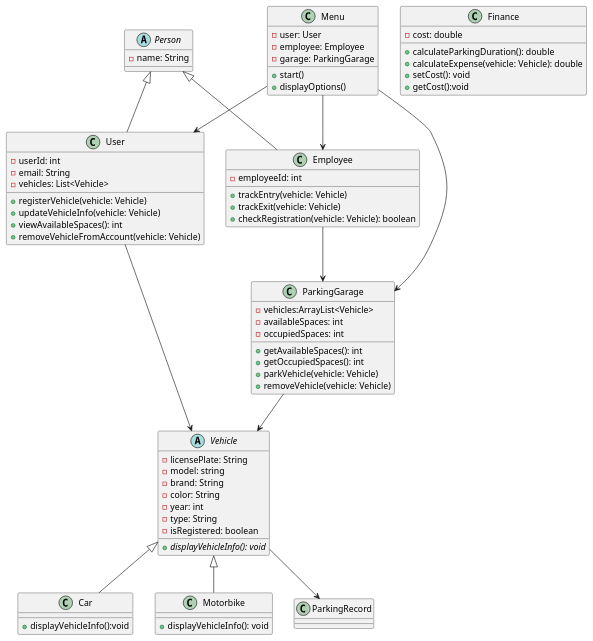
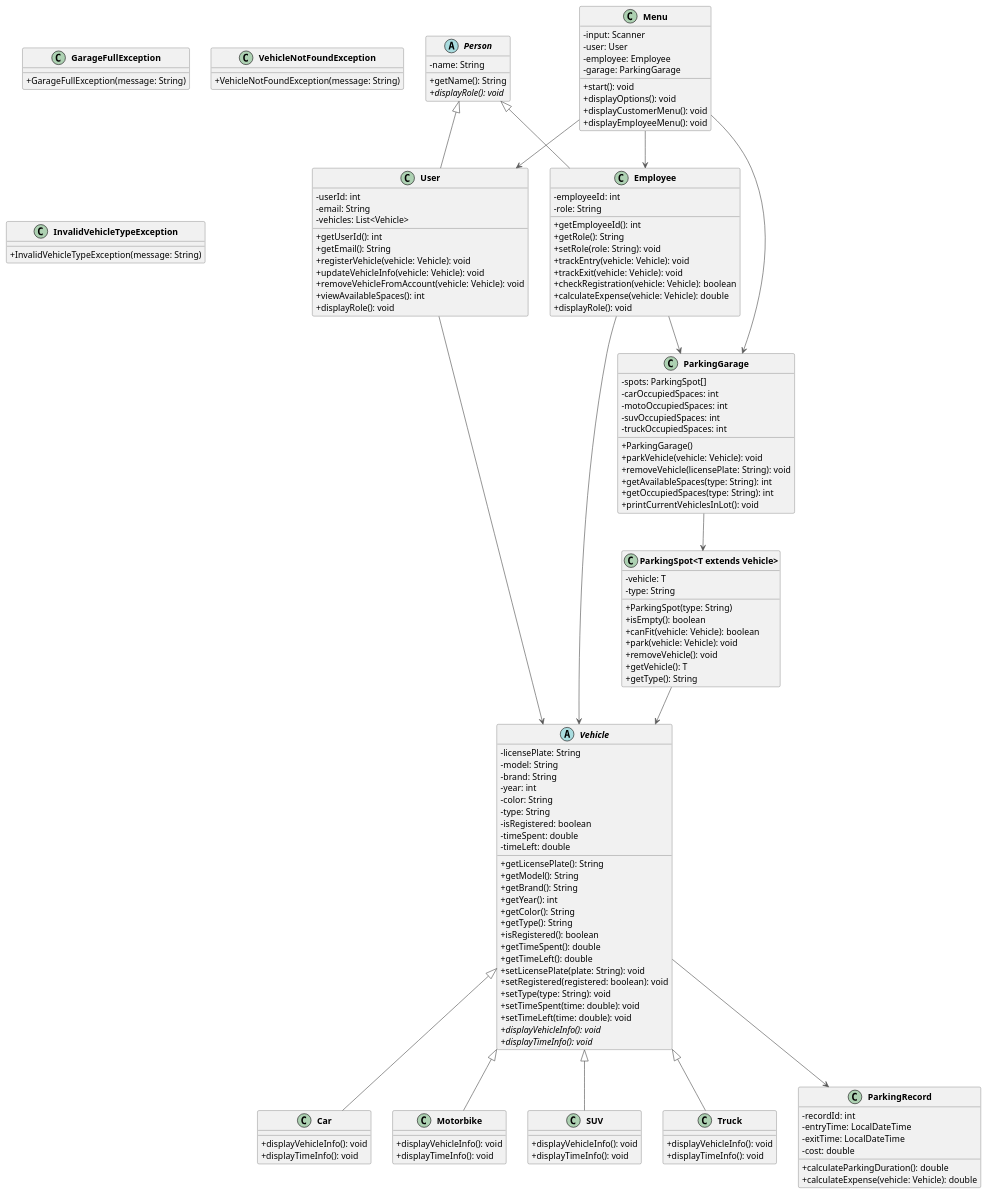
Before and after one commit to Bferg2002/Parking-Garage-Management-System: the diagram in diagram.puml, drawn with PlantUML. The commit also changed 3 other files, not shown here.

Commit message:
UML update

```diff
--- a/diagram.puml
+++ b/diagram.puml
@@ -1,84 +1,211 @@
-@startuml
+@startuml ParkingGarageManager
+
+skinparam classAttributeIconSize 0
+skinparam classFontStyle bold
+skinparam ArrowColor #555555
+skinparam ClassBorderColor #555555
+
+' =====================
+' ABSTRACT: PERSON
+' =====================
+
 abstract class Person {
   - name: String
+  + getName(): String
+  + displayRole(): void {abstract}
 }
 
-class Menu {
-  - user: User
-  - employee: Employee
-  - garage: ParkingGarage
-  + start()
-  + displayOptions()
+' =====================
+' EMPLOYEE
+' =====================
+
+class Employee {
+  - employeeId: int
+  - role: String
+  + getEmployeeId(): int
+  + getRole(): String
+  + setRole(role: String): void
+  + trackEntry(vehicle: Vehicle): void
+  + trackExit(vehicle: Vehicle): void
+  + checkRegistration(vehicle: Vehicle): boolean
+  + calculateExpense(vehicle: Vehicle): double
+  + displayRole(): void
 }
+
+' =====================
+' USER
+' =====================
 
 class User {
   - userId: int
   - email: String
   - vehicles: List<Vehicle>
-  + registerVehicle(vehicle: Vehicle)
-  + updateVehicleInfo(vehicle: Vehicle)
+  + getUserId(): int
+  + getEmail(): String
+  + registerVehicle(vehicle: Vehicle): void
+  + updateVehicleInfo(vehicle: Vehicle): void
+  + removeVehicleFromAccount(vehicle: Vehicle): void
   + viewAvailableSpaces(): int
-  + removeVehicleFromAccount(vehicle: Vehicle)
+  + displayRole(): void
 }
 
-class Employee {
-  - employeeId: int
-  + trackEntry(vehicle: Vehicle)
-  + trackExit(vehicle: Vehicle)
-  + checkRegistration(vehicle: Vehicle): boolean
-}
+' =====================
+' ABSTRACT: VEHICLE
+' =====================
 
 abstract class Vehicle {
   - licensePlate: String
-  - model: string
+  - model: String
   - brand: String
+  - year: int
   - color: String
-  - year: int
   - type: String
   - isRegistered: boolean
+  - timeSpent: double
+  - timeLeft: double
+  + getLicensePlate(): String
+  + getModel(): String
+  + getBrand(): String
+  + getYear(): int
+  + getColor(): String
+  + getType(): String
+  + isRegistered(): boolean
+  + getTimeSpent(): double
+  + getTimeLeft(): double
+  + setLicensePlate(plate: String): void
+  + setRegistered(registered: boolean): void
+  + setType(type: String): void
+  + setTimeSpent(time: double): void
+  + setTimeLeft(time: double): void
   + displayVehicleInfo(): void {abstract}
+  + displayTimeInfo(): void {abstract}
 }
 
-class Car extends Vehicle{
-    + displayVehicleInfo():void
+' =====================
+' VEHICLE CHILDREN
+' =====================
+
+class Car {
+  + displayVehicleInfo(): void
+  + displayTimeInfo(): void
 }
 
-class Motorbike extends Vehicle{
-    + displayVehicleInfo(): void
+class Motorbike {
+  + displayVehicleInfo(): void
+  + displayTimeInfo(): void
 }
 
+class SUV {
+  + displayVehicleInfo(): void
+  + displayTimeInfo(): void
+}
+
+class Truck {
+  + displayVehicleInfo(): void
+  + displayTimeInfo(): void
+}
+
+' =====================
+' PARKING SPOT (Generic)
+' =====================
+
+class "ParkingSpot<T extends Vehicle>" {
+  - vehicle: T
+  - type: String
+  + ParkingSpot(type: String)
+  + isEmpty(): boolean
+  + canFit(vehicle: Vehicle): boolean
+  + park(vehicle: Vehicle): void
+  + removeVehicle(): void
+  + getVehicle(): T
+  + getType(): String
+}
+
+' =====================
+' PARKING GARAGE
+' =====================
 
 class ParkingGarage {
-  - vehicles:ArrayList<Vehicle>
-  - availableSpaces: int
-  - occupiedSpaces: int
-  + getAvailableSpaces(): int
-  + getOccupiedSpaces(): int
-  + parkVehicle(vehicle: Vehicle)
-  + removeVehicle(vehicle: Vehicle)
+  - spots: ParkingSpot[]
+  - carOccupiedSpaces: int
+  - motoOccupiedSpaces: int
+  - suvOccupiedSpaces: int
+  - truckOccupiedSpaces: int
+  + ParkingGarage()
+  + parkVehicle(vehicle: Vehicle): void
+  + removeVehicle(licensePlate: String): void
+  + getAvailableSpaces(type: String): int
+  + getOccupiedSpaces(type: String): int
+  + printCurrentVehiclesInLot(): void
 }
 
-class Finance {
+' =====================
+' PARKING RECORD
+' =====================
+
+class ParkingRecord {
+  - recordId: int
+  - entryTime: LocalDateTime
+  - exitTime: LocalDateTime
   - cost: double
   + calculateParkingDuration(): double
   + calculateExpense(vehicle: Vehicle): double
-  + setCost(): void
-  +getCost():void
 }
 
-' Inheritance
+' =====================
+' MENU
+' =====================
+
+class Menu {
+  - input: Scanner
+  - user: User
+  - employee: Employee
+  - garage: ParkingGarage
+  + start(): void
+  + displayOptions(): void
+  + displayCustomerMenu(): void
+  + displayEmployeeMenu(): void
+}
+
+' =====================
+' CUSTOM EXCEPTIONS
+' =====================
+
+class GarageFullException {
+  + GarageFullException(message: String)
+}
+
+class VehicleNotFoundException {
+  + VehicleNotFoundException(message: String)
+}
+
+class InvalidVehicleTypeException {
+  + InvalidVehicleTypeException(message: String)
+}
+
+' =====================
+' INHERITANCE
+' =====================
+
+Person <|-- Employee
 Person <|-- User
-Person <|-- Employee
+Vehicle <|-- Car
+Vehicle <|-- Motorbike
+Vehicle <|-- SUV
+Vehicle <|-- Truck
 
-' main.java.MainMenu.Menu connects to the three active actors
+' =====================
+' ASSOCIATIONS
+' =====================
+
 Menu --> User
 Menu --> Employee
 Menu --> ParkingGarage
-
-' Original relationships
+Employee --> ParkingGarage
+Employee --> Vehicle
 User --> Vehicle
-Employee --> ParkingGarage
-ParkingGarage --> Vehicle
+ParkingGarage --> "ParkingSpot<T extends Vehicle>"
+"ParkingSpot<T extends Vehicle>" --> Vehicle
 Vehicle --> ParkingRecord
 
 @enduml
```
